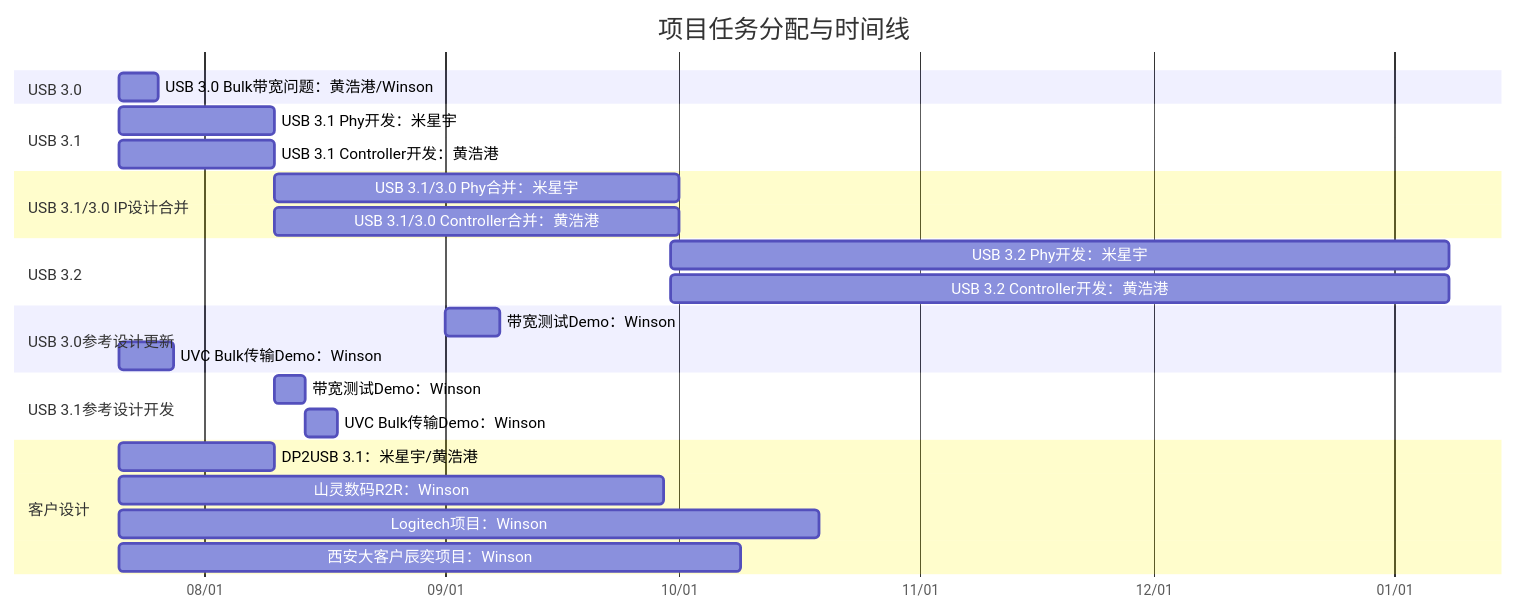
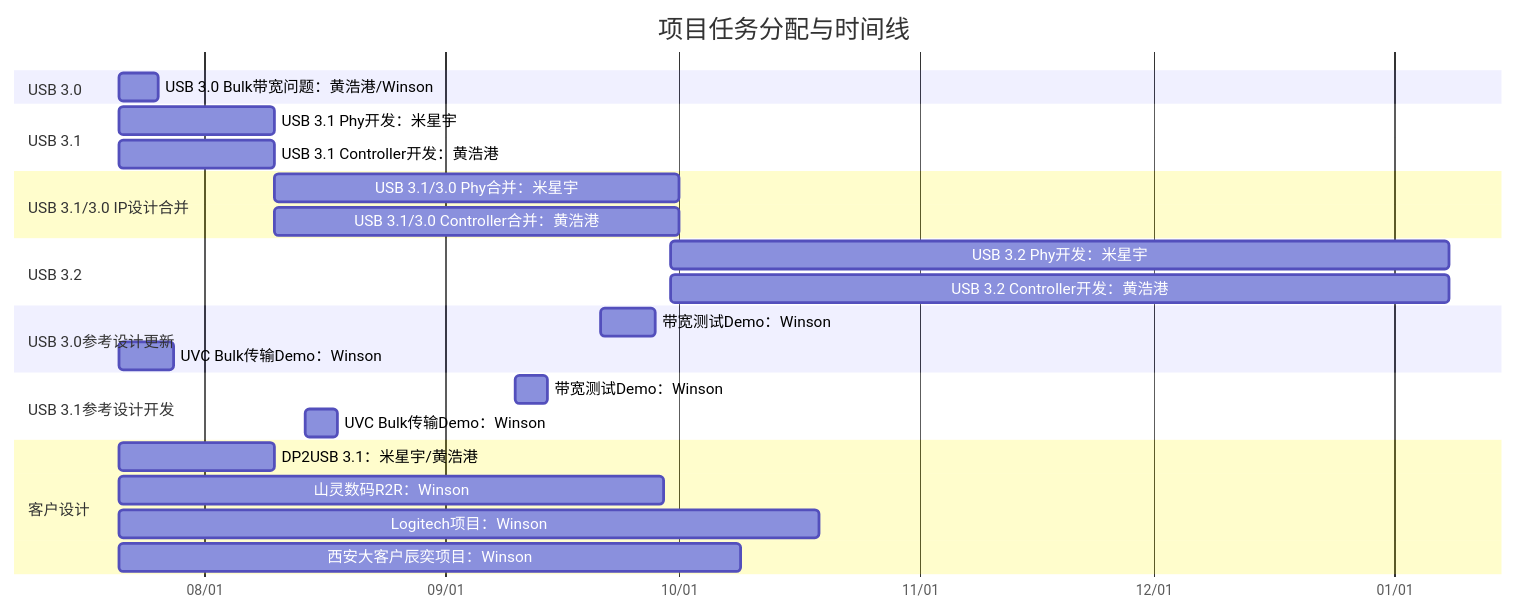
The diagram in all/未命名.md (winsonbook/iodraw-files), drawn with Mermaid before and after one commit.

Commit message:
2025-07-21 10:12:46 update

````diff
--- a/all/未命名.md
+++ b/all/未命名.md
@@ -1,35 +1,35 @@
 ```mermaid
 gantt
     title 项目任务分配与时间线
     dateFormat  YYYY-MM-DD
     axisFormat  %m/%d
 
     section USB 3.0
     USB 3.0 Bulk带宽问题：黄浩港/Winson   :    task1, 2025-07-21, 5d
 
     section USB 3.1
     USB 3.1 Phy开发：米星宇      :         task2, 2025-07-21, 20d
     USB 3.1 Controller开发：黄浩港      :  task3, 2025-07-21, 20d
 
     section USB 3.1/3.0 IP设计合并
     USB 3.1/3.0 Phy合并：米星宇       :    task4, 2025-08-10, 52d
     USB 3.1/3.0 Controller合并：黄浩港:    task5, 2025-08-10, 52d
 
     section USB 3.2
     USB 3.2 Phy开发：米星宇      :         task2, 2025-09-30, 100d
     USB 3.2 Controller开发：黄浩港      :  task3, 2025-09-30, 100d
 
     section USB 3.0参考设计更新
-    带宽测试Demo：Winson       :         task6, 2025-09-, 7d
+    带宽测试Demo：Winson       :         task6, 2025-09-21, 7d
     UVC Bulk传输Demo：Winson   :        task7, 2025-07-21, 7d
 
     section USB 3.1参考设计开发
-    带宽测试Demo：Winson       :         task8, 2025-08-10, 4d
+    带宽测试Demo：Winson       :         task8, 2025-09-10, 4d
     UVC Bulk传输Demo：Winson   :         task9, 2025-08-14, 4d
 
     section 客户设计
     DP2USB 3.1：米星宇/黄浩港      :task10, 2025-07-21, 20d
     山灵数码R2R：Winson :             task11, 2025-07-21, 70d
     Logitech项目：Winson :            task12, 2025-07-21, 90d
     西安大客户辰奕项目：Winson :       task13, 2025-07-21, 80d
 ```
````
